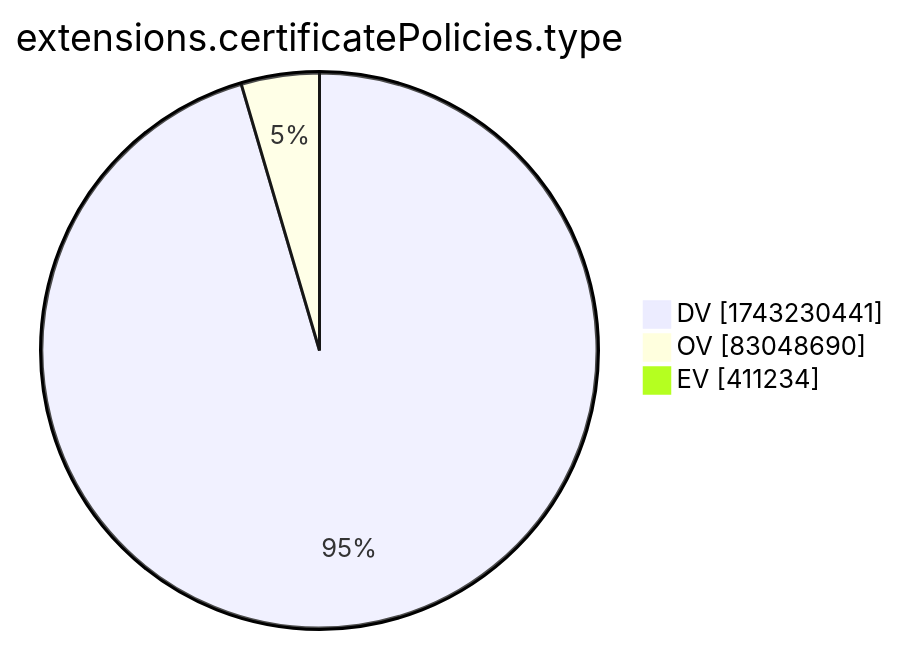
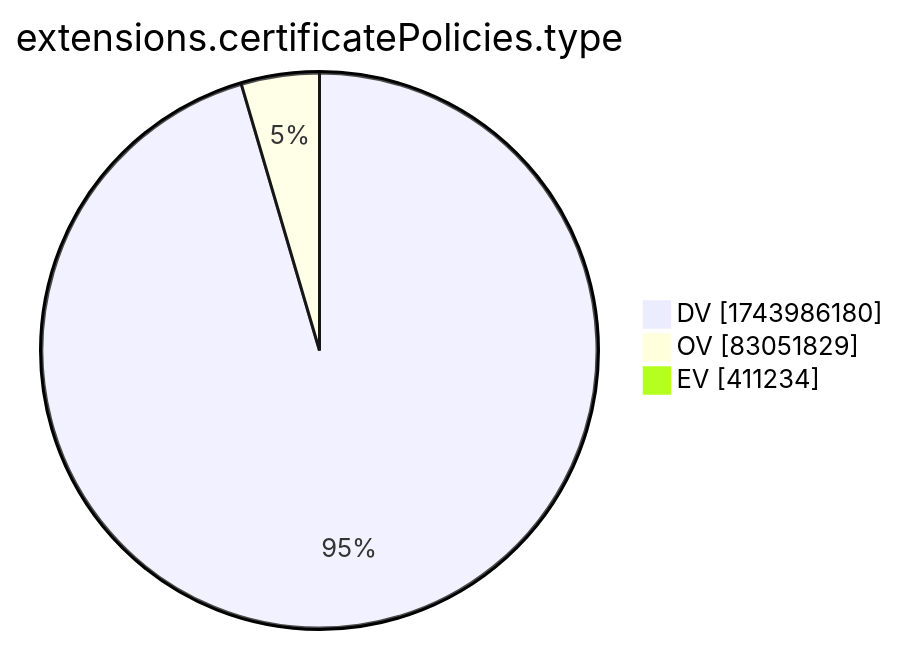
One commit to christiankrug/ctmonitor_visualization changed the tenth of 15 diagrams in xenon2022/README.md. Above: the diagram before and after it, drawn with Mermaid. The commit also changed other lines of this file, not shown here.

````diff
--- a/xenon2022/README.md
+++ b/xenon2022/README.md
@@ -2881,7 +2881,7 @@
 ```mermaid
 pie showData
 title extensions.certificatePolicies.type
-"DV" :1743230441
-"OV" :83048690
+"DV" :1743986180
+"OV" :83051829
 "EV" :411234
 ```
````
